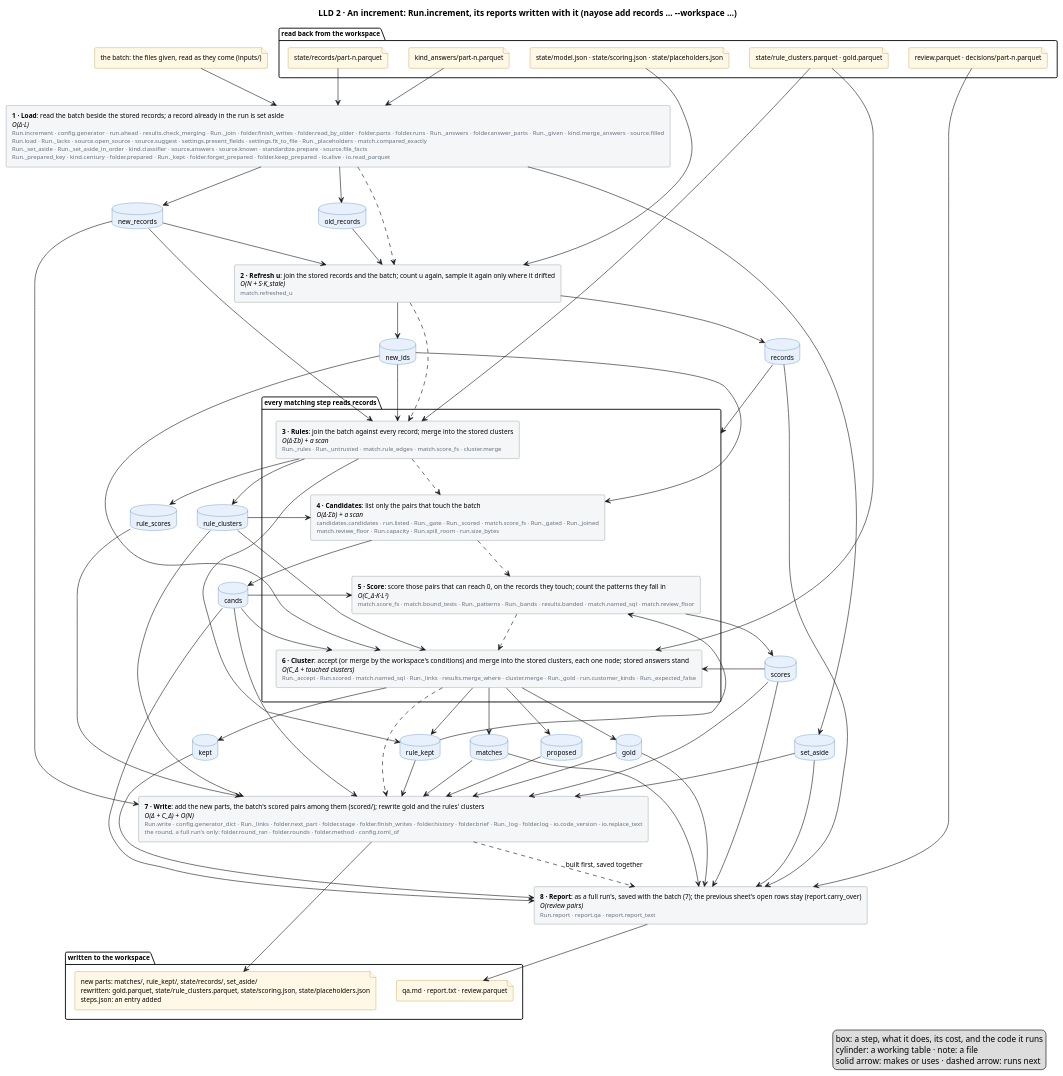
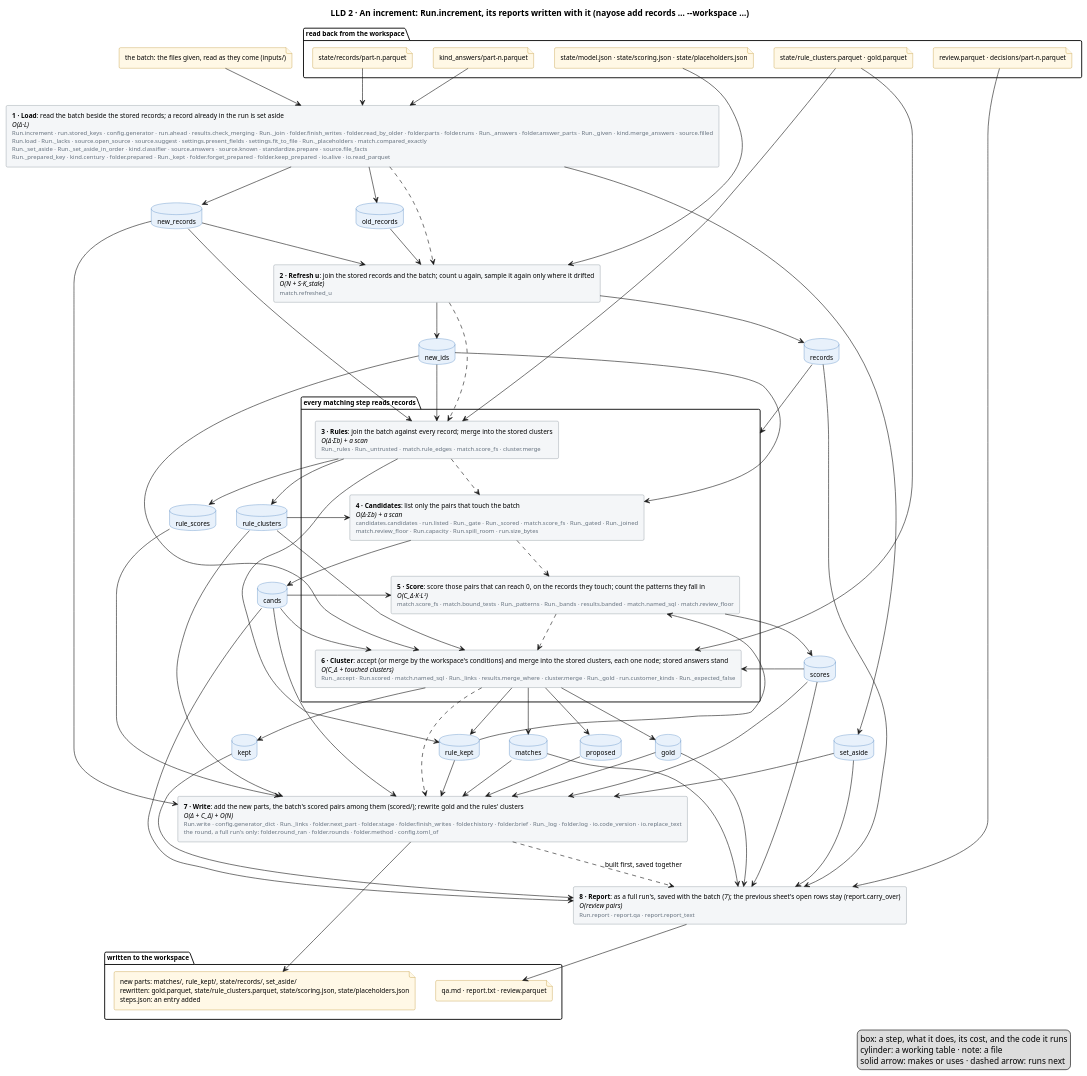
The diagram in docs/diagrams/increment.puml (mvsbm/entity_matching), drawn with PlantUML before and after one commit. The commit also changed 16 other files, not shown here.

```diff
--- a/docs/diagrams/increment.puml
+++ b/docs/diagrams/increment.puml
@@ -1,126 +1,126 @@
 @startuml increment
 title LLD 2 · An increment: Run.increment, its reports written with it (nayose add records … ~--workspace …)
 skinparam defaultFontSize 11
 skinparam rectangle {
   BackgroundColor #F4F6F8
   BorderColor #65717E
 }
 skinparam database {
   BackgroundColor #E8F1FB
   BorderColor #2C6DB3
 }
 skinparam file {
   BackgroundColor #FFF8E6
   BorderColor #B07D00
 }
 
 package "read back from the workspace" {
   file "state/model.json · state/scoring.json · state/placeholders.json" as f_model
   file "state/records/part-n.parquet" as f_records
   file "state/rule_clusters.parquet · gold.parquet" as f_clusters
   file "kind_answers/part-n.parquet" as f_answers
   file "review.parquet · decisions/part-n.parquet" as f_sheet
 }
 file "the batch: the files given, read as they come (inputs/)" as f_batch
 
 
-rectangle "<b>1 · Load</b>: read the batch beside the stored records; a record already in the run is set aside\n<i>O(Δ·L)</i>\n<size:10><color:#65717E>Run.increment · config.generator · run.ahead · results.check_merging · Run._join · folder.finish_writes · folder.read_by_older · folder.parts · folder.runs · Run._answers · folder.answer_parts · Run._given · kind.merge_answers · source.filled</color></size>\n<size:10><color:#65717E>Run.load · Run._lacks · source.open_source · source.suggest · settings.present_fields · settings.fit_to_file · Run._placeholders · match.compared_exactly</color></size>\n<size:10><color:#65717E>Run._set_aside · Run._set_aside_in_order · kind.classifier · source.answers · source.known · standardize.prepare · source.file_facts</color></size>\n<size:10><color:#65717E>Run._prepared_key · kind.century · folder.prepared · Run._kept · folder.forget_prepared · folder.keep_prepared · io.alive · io.read_parquet</color></size>" as load
+rectangle "<b>1 · Load</b>: read the batch beside the stored records; a record already in the run is set aside\n<i>O(Δ·L)</i>\n<size:10><color:#65717E>Run.increment · run.stored_keys · config.generator · run.ahead · results.check_merging · Run._join · folder.finish_writes · folder.read_by_older · folder.parts · folder.runs · Run._answers · folder.answer_parts · Run._given · kind.merge_answers · source.filled</color></size>\n<size:10><color:#65717E>Run.load · Run._lacks · source.open_source · source.suggest · settings.present_fields · settings.fit_to_file · Run._placeholders · match.compared_exactly</color></size>\n<size:10><color:#65717E>Run._set_aside · Run._set_aside_in_order · kind.classifier · source.answers · source.known · standardize.prepare · source.file_facts</color></size>\n<size:10><color:#65717E>Run._prepared_key · kind.century · folder.prepared · Run._kept · folder.forget_prepared · folder.keep_prepared · io.alive · io.read_parquet</color></size>" as load
 rectangle "<b>2 · Refresh u</b>: join the stored records and the batch; count u again, sample it again only where it drifted\n<i>O(N + S·K_stale)</i>\n<size:10><color:#65717E>match.refreshed_u</color></size>" as fit
 package "every matching step reads records" as matching {
   rectangle "<b>3 · Rules</b>: join the batch against every record; merge into the stored clusters\n<i>O(Δ·Σb) + a scan</i>\n<size:10><color:#65717E>Run._rules · Run._untrusted · match.rule_edges · match.score_fs · cluster.merge</color></size>" as rules
   rectangle "<b>4 · Candidates</b>: list only the pairs that touch the batch\n<i>O(Δ·Σb) + a scan</i>\n<size:10><color:#65717E>candidates.candidates · run.listed · Run._gate · Run._scored · match.score_fs · Run._gated · Run._joined</color></size>\n<size:10><color:#65717E>match.review_floor · Run.capacity · Run.spill_room · run.size_bytes</color></size>" as candidates
   rectangle "<b>5 · Score</b>: score those pairs that can reach 0, on the records they touch; count the patterns they fall in\n<i>O(C_Δ·K·L²)</i>\n<size:10><color:#65717E>match.score_fs · match.bound_tests · Run._patterns · Run._bands · results.banded · match.named_sql · match.review_floor</color></size>" as score
   rectangle "<b>6 · Cluster</b>: accept (or merge by the workspace's conditions) and merge into the stored clusters, each one node; stored answers stand\n<i>O(C_Δ + touched clusters)</i>\n<size:10><color:#65717E>Run._accept · Run.scored · match.named_sql · Run._links · results.merge_where · cluster.merge · Run._gold · run.customer_kinds · Run._expected_false</color></size>" as cluster
 }
 rectangle "<b>7 · Write</b>: add the new parts, the batch's scored pairs among them (scored/); rewrite gold and the rules' clusters\n<i>O(Δ + C_Δ) + O(N)</i>\n<size:10><color:#65717E>Run.write · config.generator_dict · Run._links · folder.next_part · folder.stage · folder.finish_writes · folder.history · folder.brief · Run._log · folder.log · io.code_version · io.replace_text</color></size>\n<size:10><color:#65717E>the round, a full run's only: folder.round_ran · folder.rounds · folder.method · config.toml_of</color></size>" as write
 rectangle "<b>8 · Report</b>: as a full run's, saved with the batch (7); the previous sheet's open rows stay (report.carry_over)\n<i>O(review pairs)</i>\n<size:10><color:#65717E>Run.report · report.qa · report.report_text</color></size>" as report
 database "old_records" as old_records
 database "new_records" as new_records
 database "set_aside" as set_aside
 database "records" as records
 database "new_ids" as new_ids
 database "rule_clusters" as rule_clusters
 database "rule_kept" as rule_kept
 database "cands" as cands
 database "scores" as scores
 database "rule_scores" as rule_scores
 database "matches" as matches
 database "proposed" as proposed
 database "kept" as kept
 database "gold" as gold
 
 package "written to the workspace" {
   file "new parts: matches/, rule_kept/, state/records/, set_aside/\nrewritten: gold.parquet, state/rule_clusters.parquet, state/scoring.json, state/placeholders.json\nsteps.json: an entry added" as f_out
   file "qa.md · report.txt · review.parquet" as f_people
 }
 
 f_batch --> load
 f_records --> load
 f_answers --> load
 f_model --> fit
 f_clusters --> rules
 f_clusters --> cluster
 f_sheet --> report
 
 load ..> fit
 fit ..> rules
 rules ..> candidates
 candidates ..> score
 score ..> cluster
 cluster ..> write
 write ..> report : built first, saved together
 
 load --> old_records
 load --> new_records
 load --> set_aside
 old_records --> fit
 new_records --> fit
 fit --> records
 fit --> new_ids
 records --> matching
 new_records --> rules
 new_ids --> rules
 rules --> rule_clusters
 rules --> rule_kept
 rules --> rule_scores
 rule_scores --> write
 cands --> write
 scores --> write
 new_ids --> candidates
 candidates --> cands
 cands --> score
 score --> scores
 new_ids --> cluster
 rule_clusters --> candidates
 rule_clusters --> cluster
 cands --> cluster
 scores --> cluster
 cluster --> matches
 cluster --> proposed
 cluster --> kept
 cluster --> rule_kept
 kept --> report
 proposed --> write
 cluster --> gold
 new_records --> write
 rule_clusters --> write
 rule_kept --> write
 rule_kept --> score
 matches --> write
 gold --> write
 set_aside --> write
 records --> report
 cands --> report
 scores --> report
 matches --> report
 gold --> report
 set_aside --> report
 
 write --> f_out
 report --> f_people
 legend right
   box: a step, what it does, its cost, and the code it runs
   cylinder: a working table · note: a file
   solid arrow: makes or uses · dashed arrow: runs next
 endlegend
 @enduml
```
